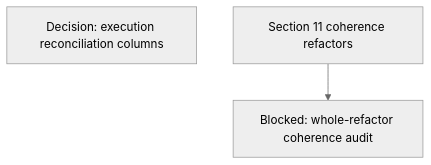
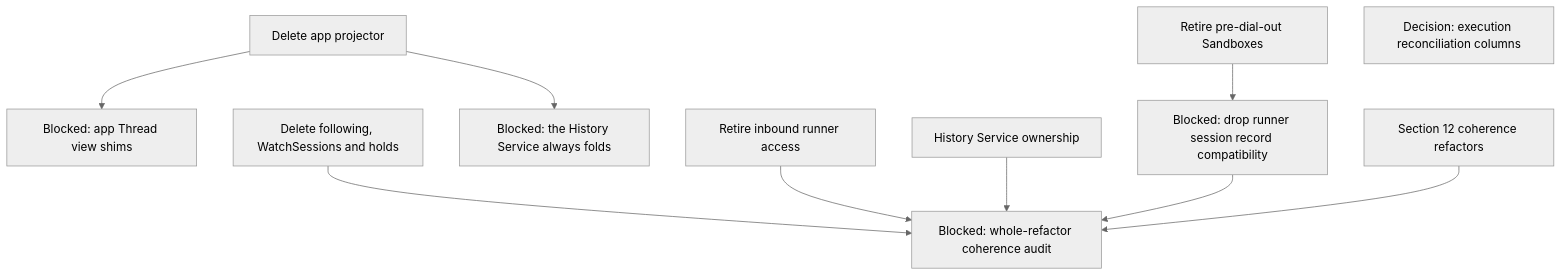
Before and after one commit to agentydragon/ducktape: diagram 11 of 13 in agentplane/plans/task_dag.md, drawn with Mermaid (neutral theme). The commit also changed other lines of this file, not shown here.

First line of the commit message:
agentplane/plans: add the coherence refactor nodes

````diff
--- a/agentplane/plans/task_dag.md
+++ b/agentplane/plans/task_dag.md
@@ -821,6 +797,17 @@
 ```mermaid
 flowchart TD
+    APP_THREAD_VIEW_CLEANUP[Blocked: app Thread view shims]
+    RUNNER_SESSION_RECORD_SHIMS[Blocked: drop runner session record compatibility]
+    LEGACY_SANDBOX_RETIRE[Retire pre-dial-out Sandboxes]
+    LEGACY_SANDBOX_RETIRE --> RUNNER_SESSION_RECORD_SHIMS
+    HISTORY_FOLD_ALWAYS_ON[Blocked: the History Service always folds]
+    APP_PROJECTOR_RETIRE[Delete app projector] --> HISTORY_FOLD_ALWAYS_ON
+    APP_PROJECTOR_RETIRE --> APP_THREAD_VIEW_CLEANUP
     ACTION_EXECUTION_AUDIT_TRIM[Decision: execution reconciliation columns]
     REFACTOR_COHERENCE_AUDIT[Blocked: whole-refactor coherence audit]
-    COHERENCE_REFACTORS[Section 11 coherence refactors] --> REFACTOR_COHERENCE_AUDIT
+    FOLLOW_PATH_RETIRE[Delete following, WatchSessions and holds] --> REFACTOR_COHERENCE_AUDIT
+    RUNNER_INBOUND_RETIRE[Retire inbound runner access] --> REFACTOR_COHERENCE_AUDIT
+    HISTORY_SERVICE_OWNERSHIP[History Service ownership] --> REFACTOR_COHERENCE_AUDIT
+    RUNNER_SESSION_RECORD_SHIMS --> REFACTOR_COHERENCE_AUDIT
+    COHERENCE_REFACTORS[Section 12 coherence refactors] --> REFACTOR_COHERENCE_AUDIT
 ```
````
